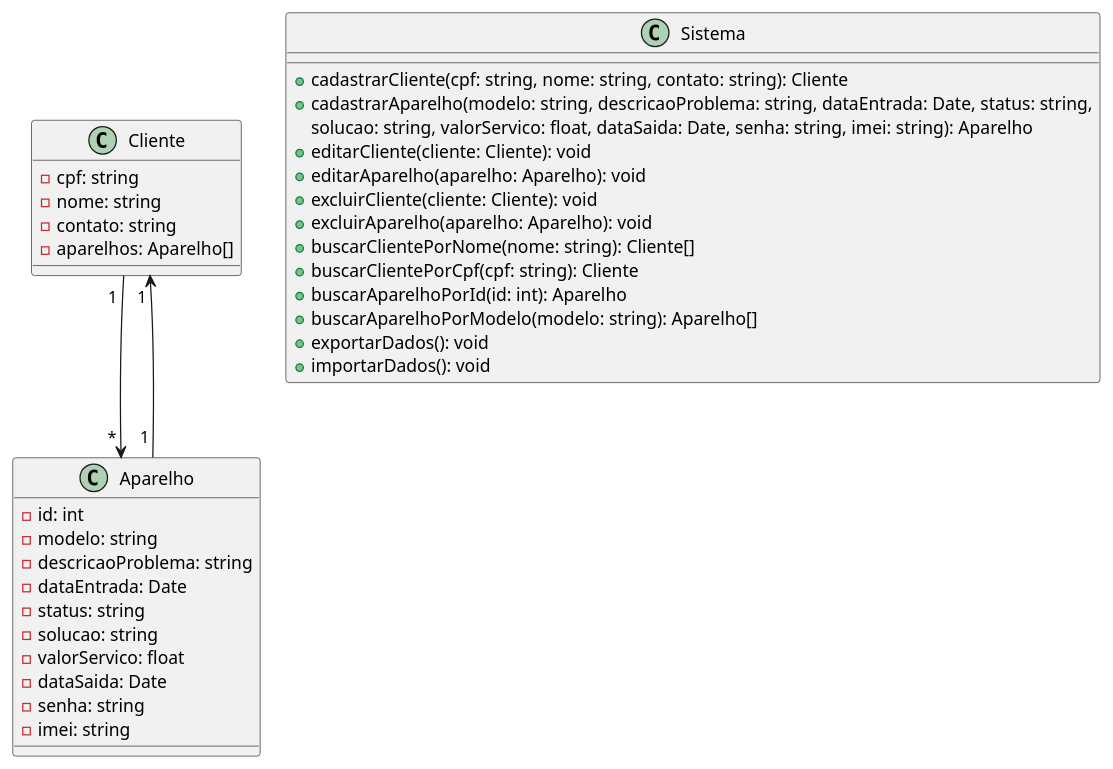
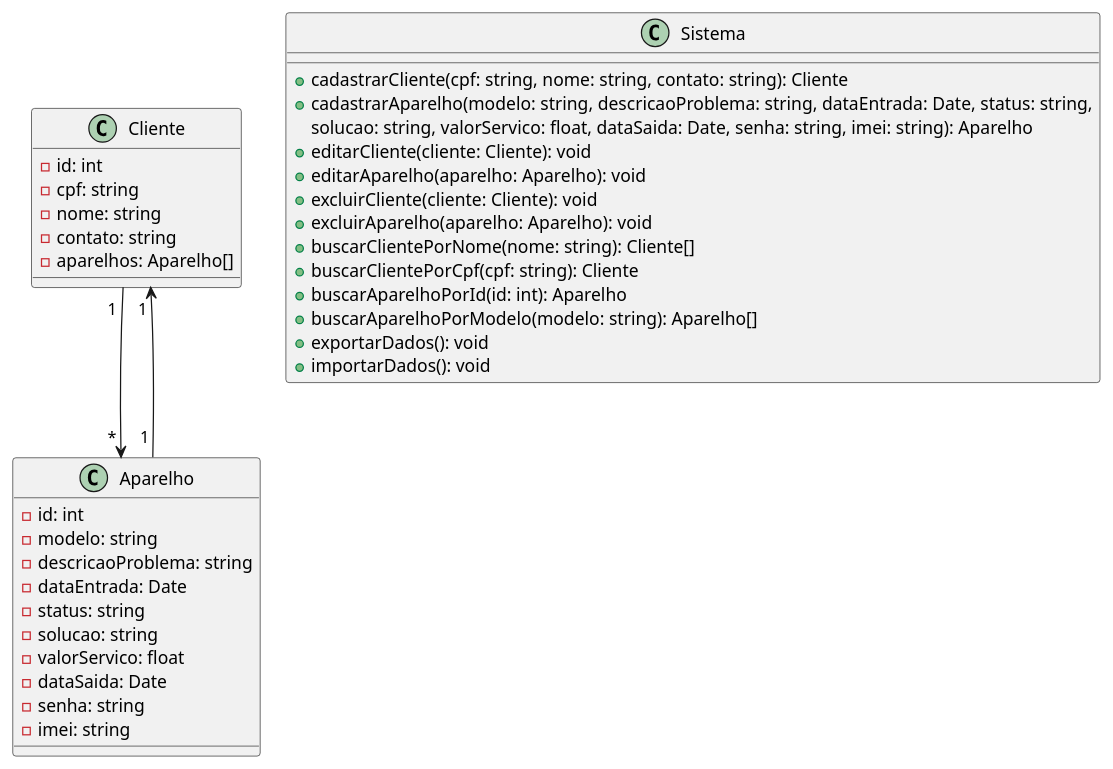
The diagram in Documentation/Diagrams/diagramClass.plantuml (Guilhermedsc/ProjetoES-MZ-Smart), drawn with PlantUML before and after one commit. The commit also changed 2 other files, not shown here.

Commit message:
Docs: update the requirements, technologies, diagramClass and userStories text.

```diff
--- a/Documentation/Diagrams/diagramClass.plantuml
+++ b/Documentation/Diagrams/diagramClass.plantuml
@@ -1,42 +1,43 @@
 @startuml
 
 class Cliente {
+    - id: int
     - cpf: string
     - nome: string
     - contato: string
     - aparelhos: Aparelho[]
 }
 
 class Aparelho {
     - id: int
     - modelo: string
     - descricaoProblema: string
     - dataEntrada: Date
     - status: string
     - solucao: string
     - valorServico: float
     - dataSaida: Date
     - senha: string
     - imei: string
 }
 
 Cliente " 1 " --> " * " Aparelho
 Aparelho " 1 " --> " 1 " Cliente
 
 class Sistema {
     + cadastrarCliente(cpf: string, nome: string, contato: string): Cliente
     + cadastrarAparelho(modelo: string, descricaoProblema: string, dataEntrada: Date, status: string,
      solucao: string, valorServico: float, dataSaida: Date, senha: string, imei: string): Aparelho
     + editarCliente(cliente: Cliente): void
     + editarAparelho(aparelho: Aparelho): void
     + excluirCliente(cliente: Cliente): void
     + excluirAparelho(aparelho: Aparelho): void
     + buscarClientePorNome(nome: string): Cliente[]
     + buscarClientePorCpf(cpf: string): Cliente
     + buscarAparelhoPorId(id: int): Aparelho
     + buscarAparelhoPorModelo(modelo: string): Aparelho[]
     + exportarDados(): void
     + importarDados(): void
 }
 
 @enduml
```
